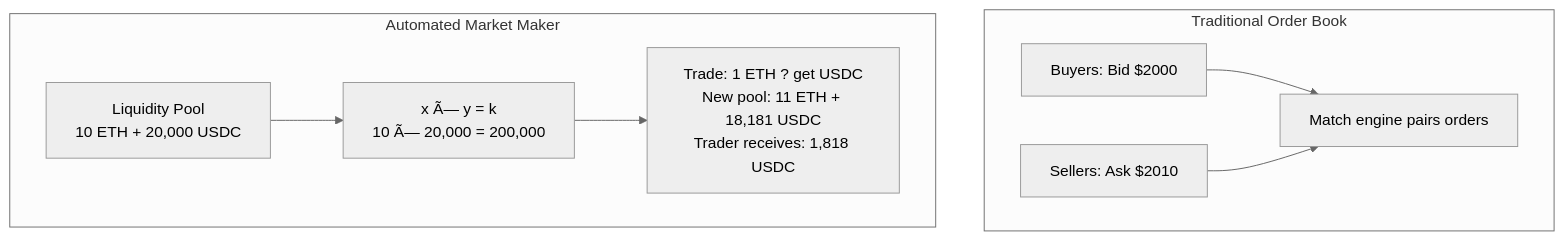
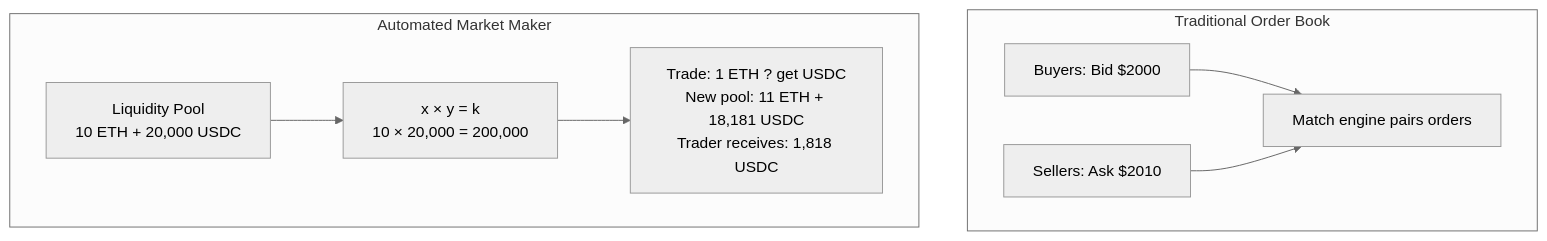
The third of 7 diagrams in docs/courses/blockchain/08-defi.md (Raushan666java/ai-engineering-journey), drawn with Mermaid (neutral theme) before and after one commit. The commit also changed other lines of this file and 965 other files, not shown here.

````diff
--- a/docs/courses/blockchain/08-defi.md
+++ b/docs/courses/blockchain/08-defi.md
@@ -99,18 +99,18 @@
 ```mermaid
 flowchart TB
     subgraph TraditionalDEX["Traditional Order Book"]
         Buyers["Buyers: Bid $2000"]
         Sellers["Sellers: Ask $2010"]
         Match["Match engine pairs orders"]
     end
     subgraph AMM["Automated Market Maker"]
         Pool["Liquidity Pool<br/>10 ETH + 20,000 USDC"]
-        Formula["x Ã— y = k<br/>10 Ã— 20,000 = 200,000"]
+        Formula["x × y = k<br/>10 × 20,000 = 200,000"]
         Trade["Trade: 1 ETH ? get USDC<br/>New pool: 11 ETH + 18,181 USDC<br/>Trader receives: 1,818 USDC"]
     end
     
     Buyers --> Match
     Sellers --> Match
     Pool --> Formula
     Formula --> Trade
 ```
````
